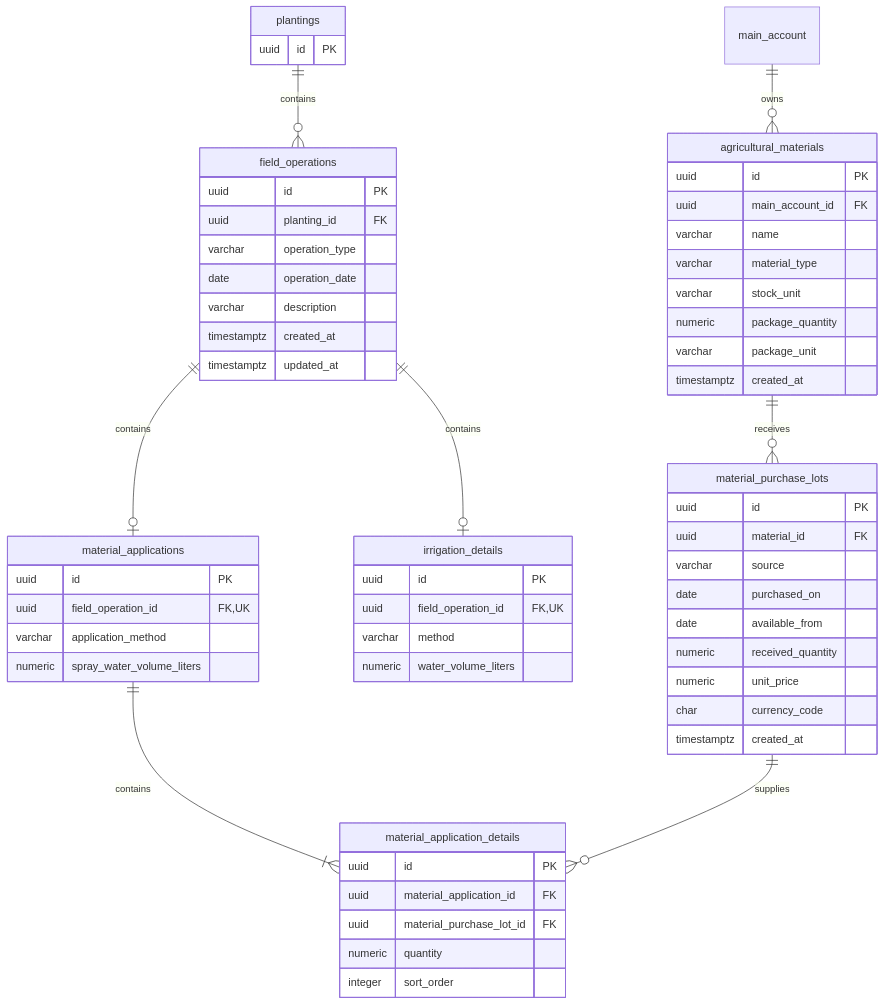
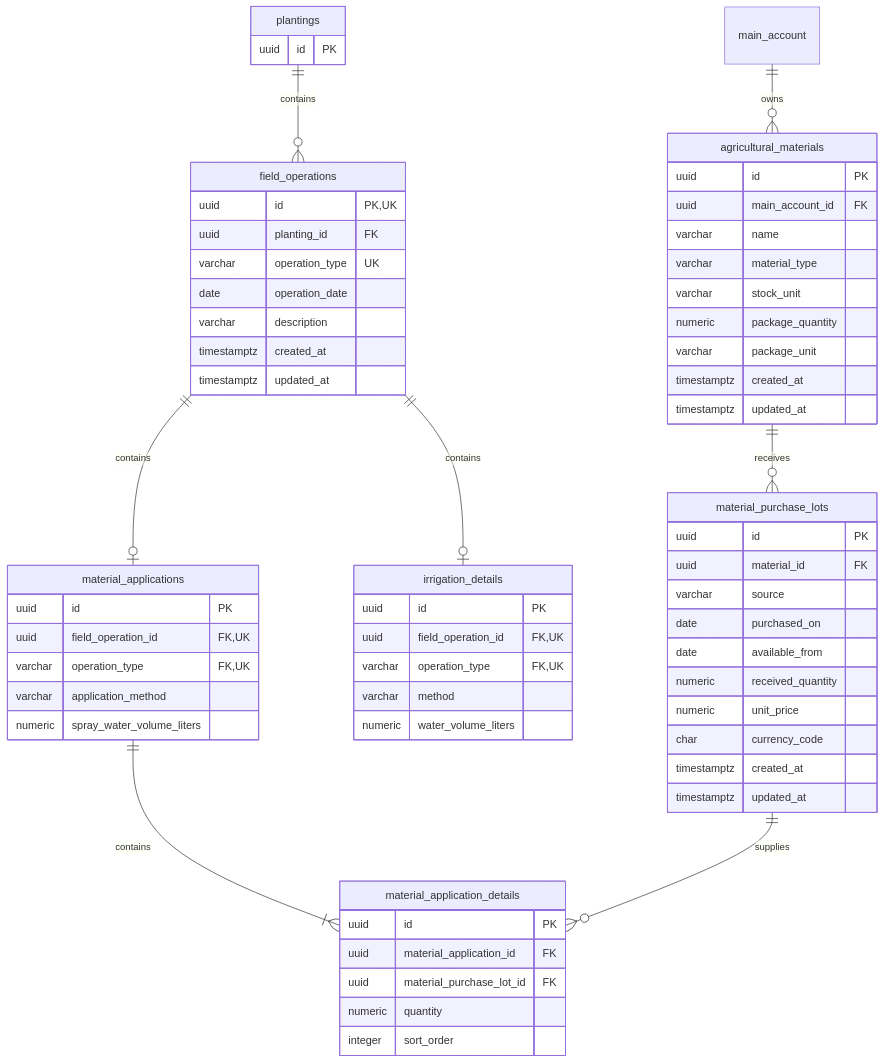
The first of 2 diagrams in docs/design/first-desktop-slice-database.md (HanChiYang/crop-pilot), drawn with Mermaid before and after one commit. The commit also changed other lines of this file and 2 other files, not shown here.

Commit message:
Document schema conventions for enums, operation details, and audit columns

````diff
--- a/docs/design/first-desktop-slice-database.md
+++ b/docs/design/first-desktop-slice-database.md
@@ -251,62 +265,66 @@
 ```mermaid
 erDiagram
     main_account ||--o{ agricultural_materials : owns
     agricultural_materials ||--o{ material_purchase_lots : receives
     plantings ||--o{ field_operations : contains
     field_operations ||--o| irrigation_details : contains
     field_operations ||--o| material_applications : contains
     material_applications ||--|{ material_application_details : contains
     material_purchase_lots ||--o{ material_application_details : supplies
     plantings {
         uuid id PK
     }
     field_operations {
-        uuid id PK
+        uuid id PK, UK
         uuid planting_id FK
-        varchar operation_type
+        varchar operation_type UK
         date operation_date
         varchar description
         timestamptz created_at
         timestamptz updated_at
     }
     irrigation_details {
         uuid id PK
         uuid field_operation_id FK, UK
+        varchar operation_type FK, UK
         varchar method
         numeric water_volume_liters
     }
     material_applications {
         uuid id PK
         uuid field_operation_id FK, UK
+        varchar operation_type FK, UK
         varchar application_method
         numeric spray_water_volume_liters
     }
     material_application_details {
         uuid id PK
         uuid material_application_id FK
         uuid material_purchase_lot_id FK
         numeric quantity
         integer sort_order
     }
     agricultural_materials {
         uuid id PK
         uuid main_account_id FK
         varchar name
         varchar material_type
         varchar stock_unit
         numeric package_quantity
         varchar package_unit
         timestamptz created_at
+        timestamptz updated_at
     }
     material_purchase_lots {
         uuid id PK
         uuid material_id FK
         varchar source
         date purchased_on
         date available_from
         numeric received_quantity
         numeric unit_price
         char currency_code
         timestamptz created_at
+        timestamptz updated_at
     }
 ```
````
